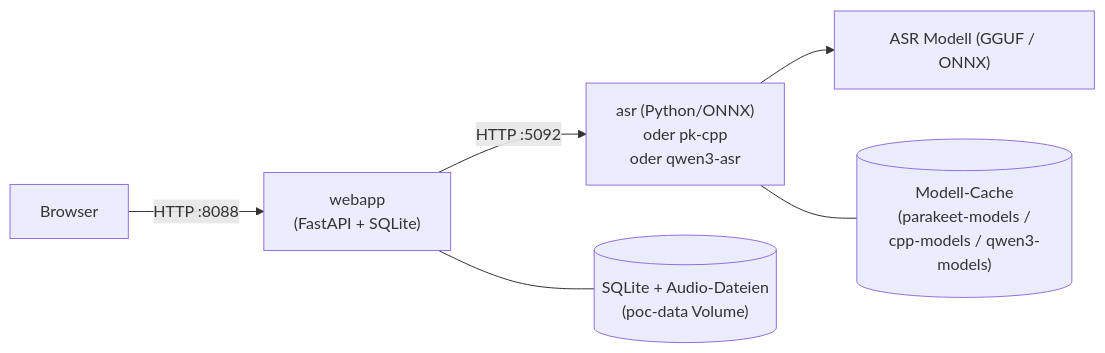
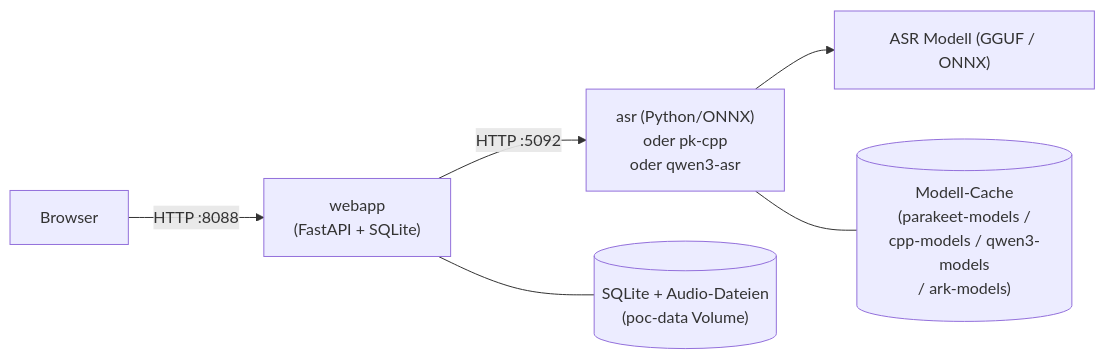
One commit to tilllt/polyschnack-asr changed the diagram in README.md. Above: the diagram before and after it, drawn with Mermaid. The commit also changed other lines of this file, not shown here.

````diff
--- a/README.md
+++ b/README.md
@@ -125,8 +293,8 @@
 ```mermaid
 graph LR
     Browser -->|HTTP :8088| webapp["webapp<br/>(FastAPI + SQLite)"]
     webapp -->|HTTP :5092| asr["asr (Python/ONNX)<br/>oder pk-cpp<br/>oder qwen3-asr"]
     asr --> model["ASR Modell (GGUF / ONNX)"]
     webapp --- db[("SQLite + Audio-Dateien<br/>(poc-data Volume)")]
-    asr --- mcache[("Modell-Cache<br/>(parakeet-models /<br/>cpp-models / qwen3-models)")]
+    asr --- mcache[("Modell-Cache<br/>(parakeet-models /<br/>cpp-models / qwen3-models<br/>/ ark-models)")]
 ```
````
